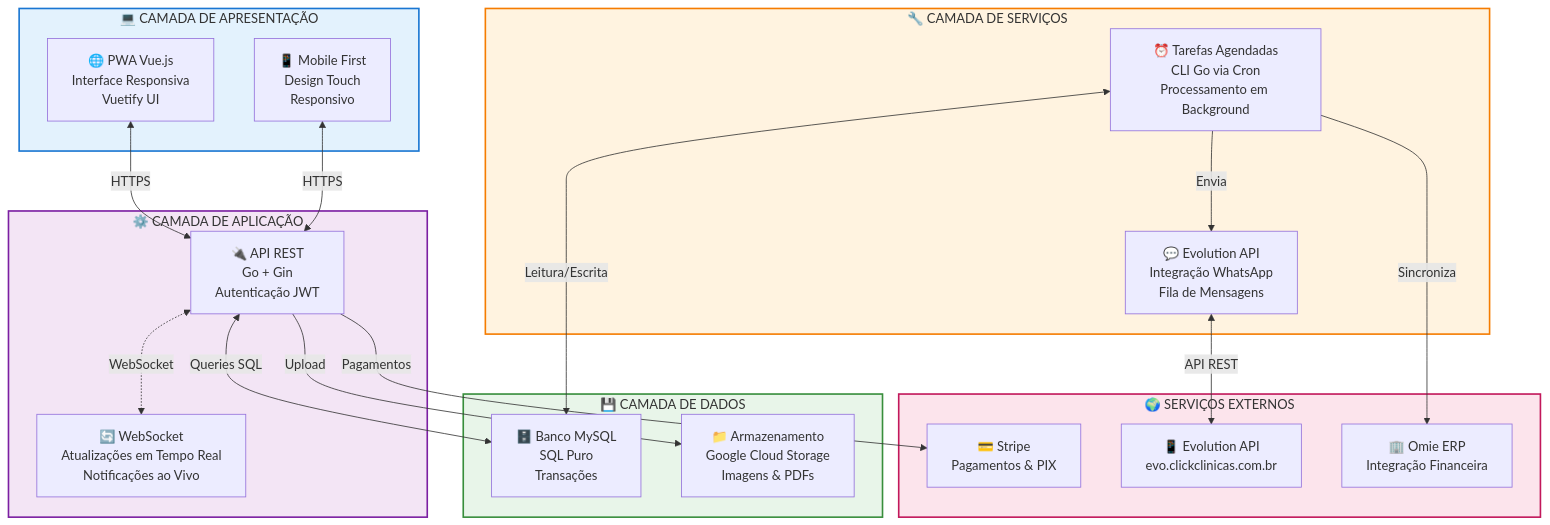
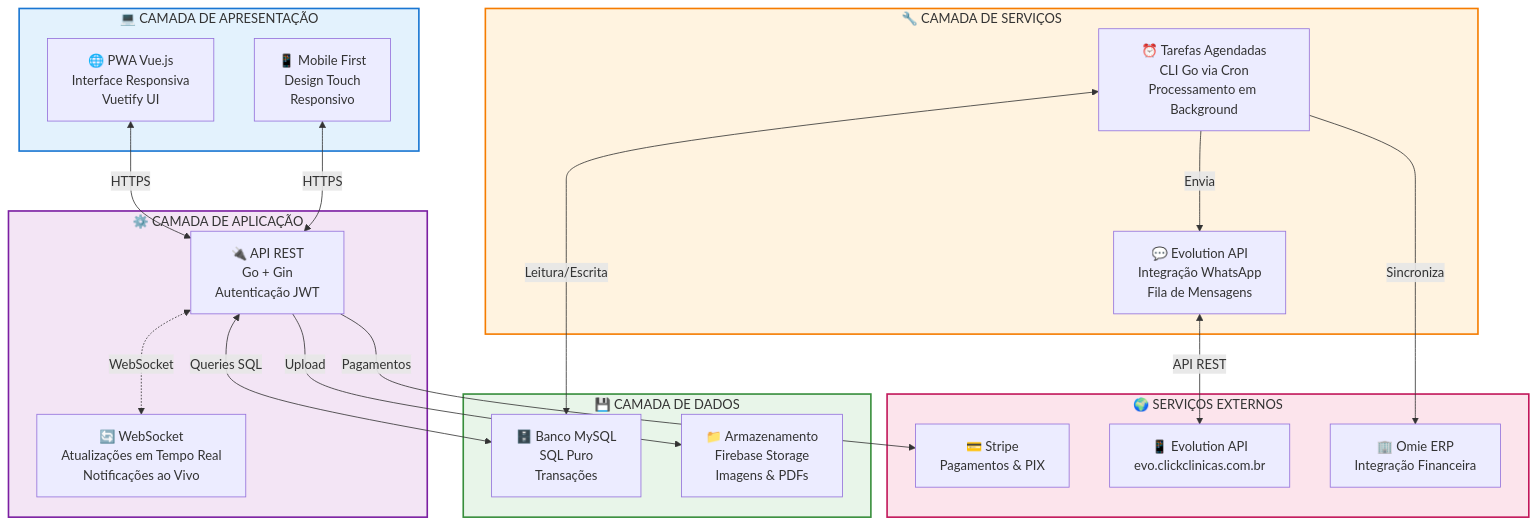
One commit to click-clinicas/.github changed the diagram in profile/README.md. Above: the diagram before and after it, drawn with Mermaid. The commit also changed other lines of this file, not shown here.

````diff
--- a/profile/README.md
+++ b/profile/README.md
@@ -79,46 +80,46 @@
 ```mermaid
 flowchart TB
     subgraph Client["💻 CAMADA DE APRESENTAÇÃO"]
         PWA["🌐 PWA Vue.js<br/>Interface Responsiva<br/>Vuetify UI"]
         Mobile["📱 Mobile First<br/>Design Touch<br/>Responsivo"]
     end
 
     subgraph API["⚙️ CAMADA DE APLICAÇÃO"]
         REST["🔌 API REST<br/>Go + Gin<br/>Autenticação JWT"]
         WS["🔄 WebSocket<br/>Atualizações em Tempo Real<br/>Notificações ao Vivo"]
     end
 
     subgraph Services["🔧 CAMADA DE SERVIÇOS"]
         Jobs["⏰ Tarefas Agendadas<br/>CLI Go via Cron<br/>Processamento em Background"]
         WhatsApp["💬 Evolution API<br/>Integração WhatsApp<br/>Fila de Mensagens"]
     end
 
     subgraph Data["💾 CAMADA DE DADOS"]
         MySQL["🗄️ Banco MySQL<br/>SQL Puro<br/>Transações"]
-        Storage["📁 Armazenamento<br/>Google Cloud Storage<br/>Imagens & PDFs"]
+        Storage["📁 Armazenamento<br/>Firebase Storage<br/>Imagens & PDFs"]
     end
 
     subgraph External["🌍 SERVIÇOS EXTERNOS"]
         Payment["💳 Stripe<br/>Pagamentos & PIX"]
         EvoAPI["📱 Evolution API<br/>evo.clickclinicas.com.br"]
         OmieERP["🏢 Omie ERP<br/>Integração Financeira"]
     end
 
     PWA <-->|HTTPS| REST
     Mobile <-->|HTTPS| REST
     REST <-->|Queries SQL| MySQL
     REST <-.->|WebSocket| WS
     REST -->|Upload| Storage
     
     Jobs -->|Envia| WhatsApp
     Jobs <-->|Leitura/Escrita| MySQL
     WhatsApp <-->|API REST| EvoAPI
     REST -->|Pagamentos| Payment
     Jobs -->|Sincroniza| OmieERP
 
     style Client fill:#e3f2fd,stroke:#1976d2,stroke-width:2px
     style API fill:#f3e5f5,stroke:#7b1fa2,stroke-width:2px
     style Services fill:#fff3e0,stroke:#f57c00,stroke-width:2px
     style Data fill:#e8f5e9,stroke:#388e3c,stroke-width:2px
     style External fill:#fce4ec,stroke:#c2185b,stroke-width:2px
 ```
````
